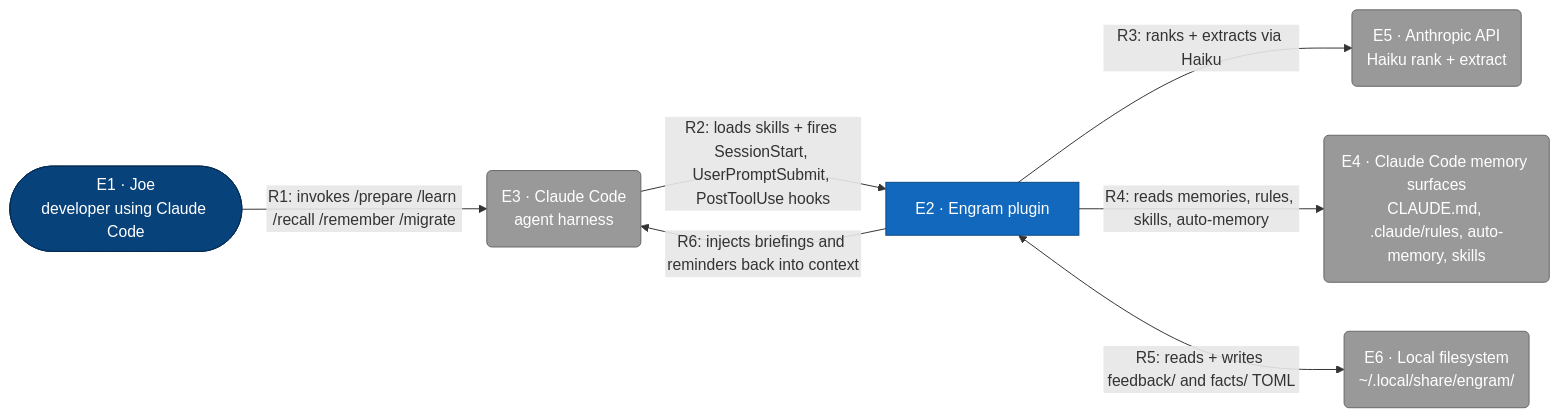
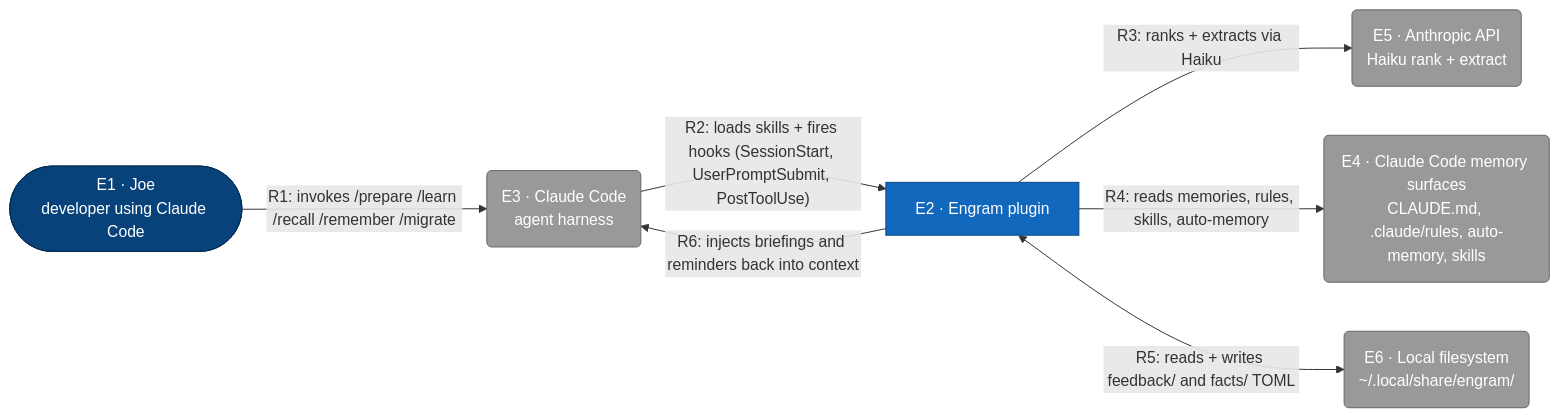
The diagram in dev/testdata/c4/valid_l1.md (toejough/engram), drawn with Mermaid before and after one commit. The commit also changed other lines of this file and 3 other files, not shown here.

First line of the commit message:
fix(dev/c4): quote mermaid edge labels so special chars don't break rendering

````diff
--- a/dev/testdata/c4/valid_l1.md
+++ b/dev/testdata/c4/valid_l1.md
@@ -15,31 +15,31 @@
 ```mermaid
 flowchart LR
     classDef person      fill:#08427b,stroke:#052e56,color:#fff
     classDef external    fill:#999,   stroke:#666,   color:#fff
     classDef container   fill:#1168bd,stroke:#0b4884,color:#fff
 
     e1([E1 · Joe<br/>developer using Claude Code])
     e2[E2 · Engram plugin]
     e3(E3 · Claude Code<br/>agent harness)
     e4(E4 · Claude Code memory surfaces<br/>CLAUDE.md, .claude/rules, auto-memory, skills)
     e5(E5 · Anthropic API<br/>Haiku rank + extract)
     e6(E6 · Local filesystem<br/>~/.local/share/engram/)
 
-    e1 -->|R1: invokes /prepare /learn /recall /remember /migrate| e3
-    e3 -->|R2: loads skills + fires SessionStart, UserPromptSubmit, PostToolUse hooks| e2
-    e2 -->|R3: ranks + extracts via Haiku| e5
-    e2 -->|R4: reads memories, rules, skills, auto-memory| e4
-    e2 <-->|R5: reads + writes feedback/ and facts/ TOML| e6
-    e2 -->|R6: injects briefings and reminders back into context| e3
+    e1 -->|"R1: invokes /prepare /learn /recall /remember /migrate"| e3
+    e3 -->|"R2: loads skills + fires hooks (SessionStart, UserPromptSubmit, PostToolUse)"| e2
+    e2 -->|"R3: ranks + extracts via Haiku"| e5
+    e2 -->|"R4: reads memories, rules, skills, auto-memory"| e4
+    e2 <-->|"R5: reads + writes feedback/ and facts/ TOML"| e6
+    e2 -->|"R6: injects briefings and reminders back into context"| e3
 
     class e1 person
     class e3,e4,e5,e6 external
     class e2 container
 
     click e1 href "#e1-joe" "Joe"
     click e2 href "#e2-engram-plugin" "Engram plugin"
     click e3 href "#e3-claude-code" "Claude Code"
     click e4 href "#e4-claude-code-memory-surfaces" "Claude Code memory surfaces"
     click e5 href "#e5-anthropic-api" "Anthropic API"
     click e6 href "#e6-local-filesystem" "Local filesystem"
 ```
````
